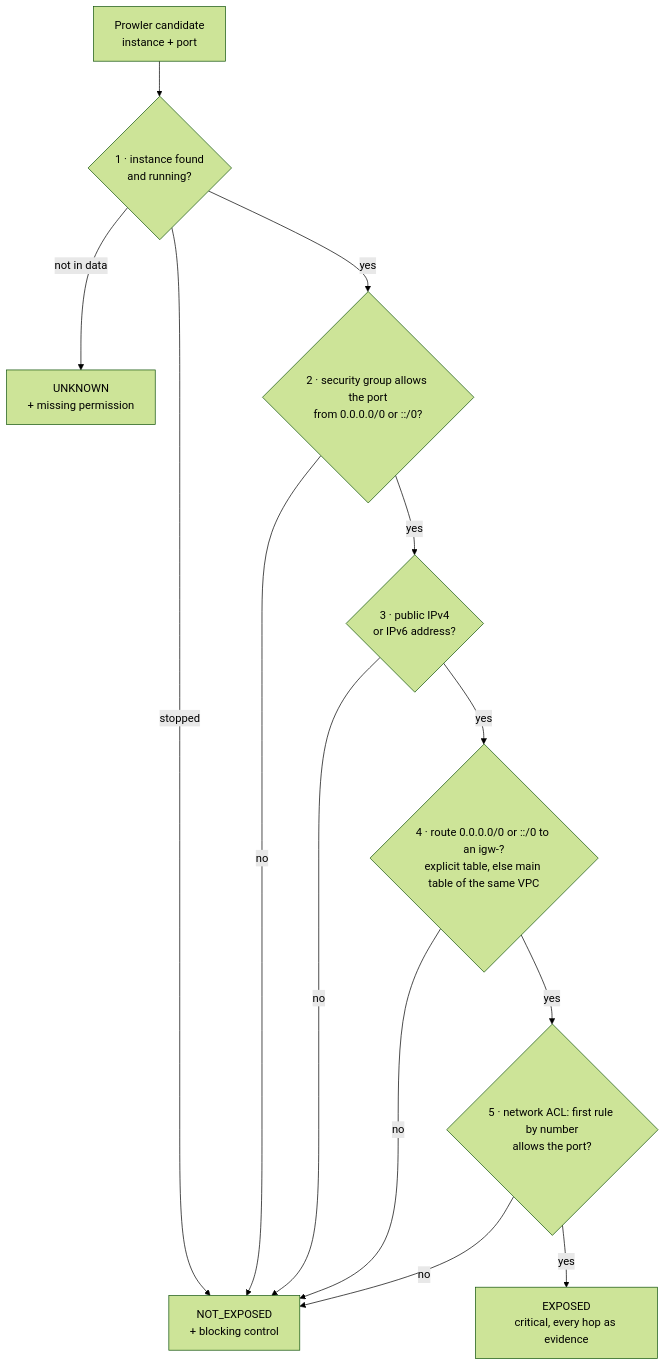
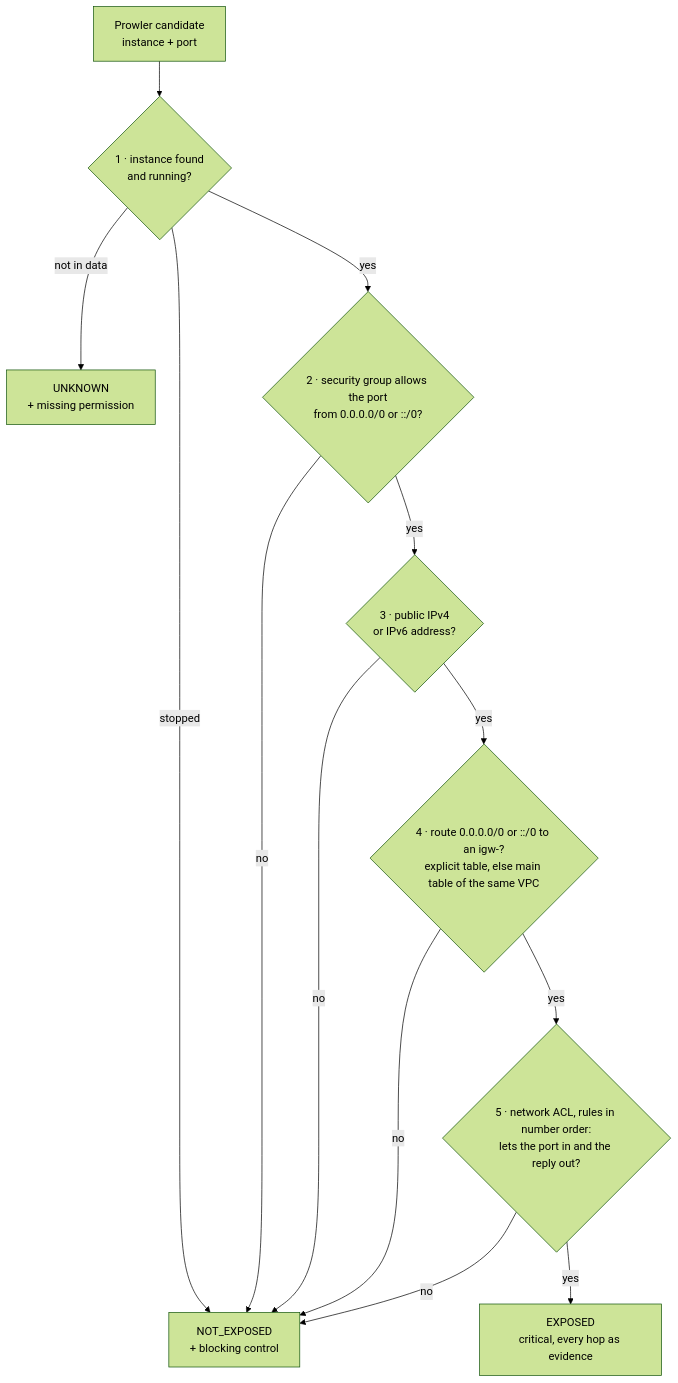
Before and after one commit to jnathangreeg/cloud-scanner-task: the first of 3 diagrams in README.md, drawn with Mermaid (forest theme). The commit also changed other lines of this file and 10 other files, not shown here.

````diff
--- a/README.md
+++ b/README.md
@@ -66,15 +68,15 @@
 ```mermaid
 flowchart TD
     C["Prowler candidate<br/>instance + port"] --> R{"1 · instance found<br/>and running?"}
     R -- "not in data" --> U["UNKNOWN<br/>+ missing permission"]
     R -- stopped --> N["NOT_EXPOSED<br/>+ blocking control"]
     R -- yes --> S{"2 · security group allows the port<br/>from 0.0.0.0/0 or ::/0?"}
     S -- no --> N
     S -- yes --> A{"3 · public IPv4<br/>or IPv6 address?"}
     A -- no --> N
     A -- yes --> T{"4 · route 0.0.0.0/0 or ::/0 to an igw-?<br/>explicit table, else main table of the same VPC"}
     T -- no --> N
-    T -- yes --> L{"5 · network ACL: first rule by number<br/>allows the port?"}
+    T -- yes --> L{"5 · network ACL, rules in number order:<br/>lets the port in and the reply out?"}
     L -- no --> N
     L -- yes --> E["EXPOSED<br/>critical, every hop as evidence"]
 ```
````
